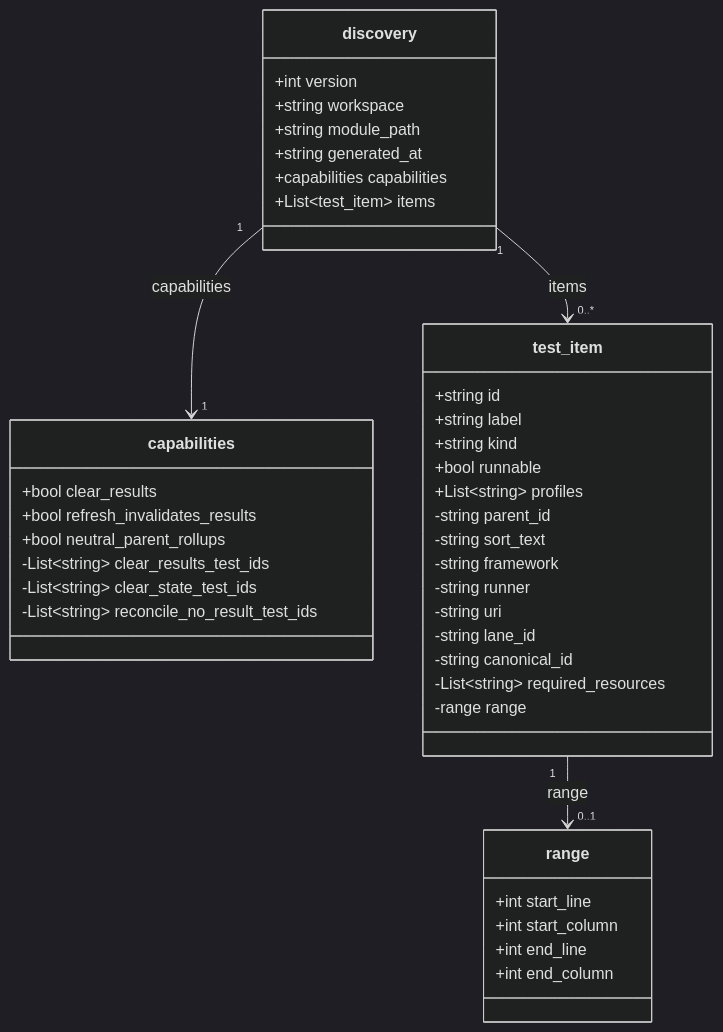
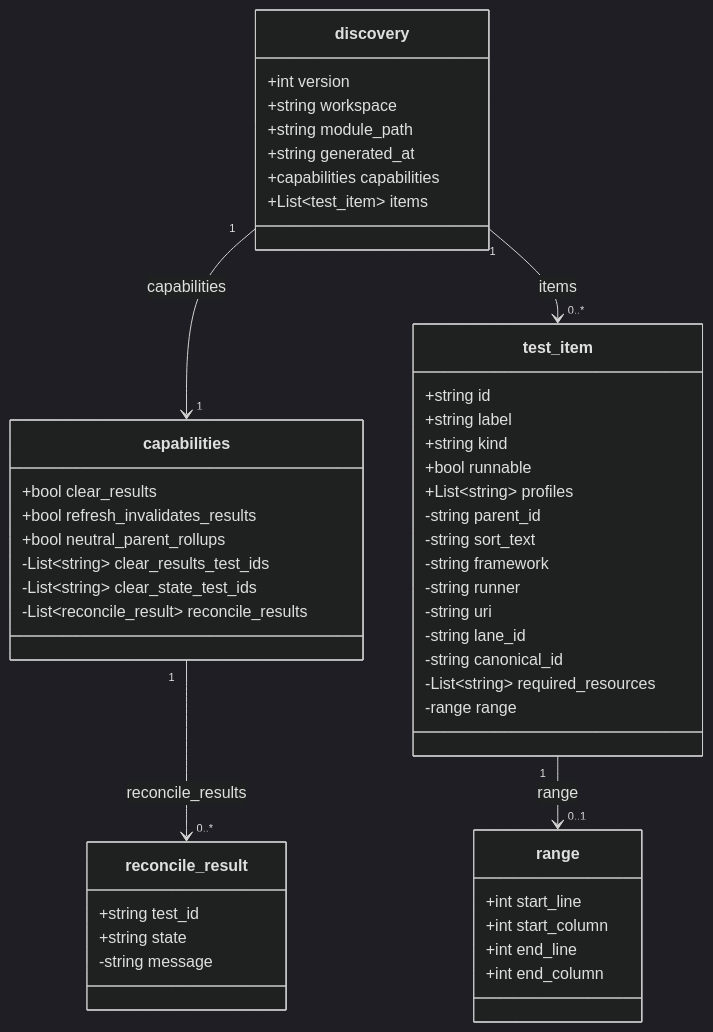
One commit to david-aggeler/keel changed the second of 5 diagrams in docs/wire-schema.md. Above: the diagram before and after it, drawn with Mermaid (dark theme). The commit also changed other lines of this file and 11 other files, not shown here.

First line of the commit message:
cr-123 green: bridge-served reconcile_results stamps replace the falsified no-result mechanism

````diff
--- a/docs/wire-schema.md
+++ b/docs/wire-schema.md
@@ -31,44 +31,50 @@
 ```mermaid
 classDiagram
     class discovery {
         +int version
         +string workspace
         +string module_path
         +string generated_at
         +capabilities capabilities
         +List~test_item~ items
     }
     class capabilities {
         +bool clear_results
         +bool refresh_invalidates_results
         +bool neutral_parent_rollups
         -List~string~ clear_results_test_ids
         -List~string~ clear_state_test_ids
-        -List~string~ reconcile_no_result_test_ids
+        -List~reconcile_result~ reconcile_results
+    }
+    class reconcile_result {
+        +string test_id
+        +string state
+        -string message
     }
     class test_item {
         +string id
         +string label
         +string kind
         +bool runnable
         +List~string~ profiles
         -string parent_id
         -string sort_text
         -string framework
         -string runner
         -string uri
         -string lane_id
         -string canonical_id
         -List~string~ required_resources
         -range range
     }
     class range {
         +int start_line
         +int start_column
         +int end_line
         +int end_column
     }
     discovery "1" --> "1" capabilities : capabilities
+    capabilities "1" --> "0..*" reconcile_result : reconcile_results
     discovery "1" --> "0..*" test_item : items
     test_item "1" --> "0..1" range : range
 ```
````
